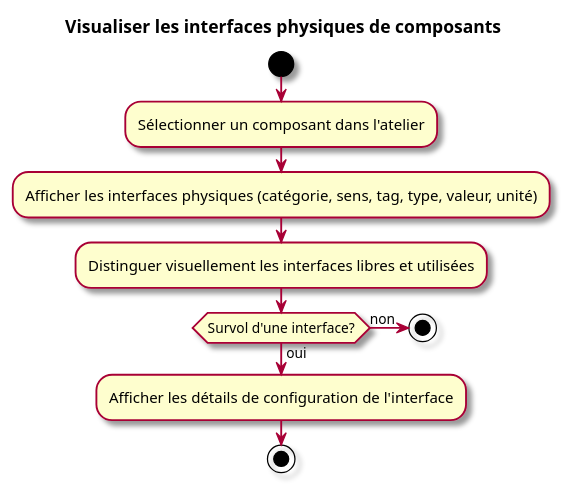
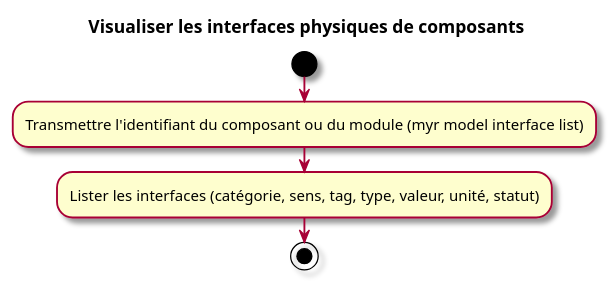
The fourth of 4 diagrams in specs/1-Expression/UCAM-Atelier_Module/UCAM02.md (olivaux/myr), drawn with PlantUML before and after one commit. The commit also changed other lines of this file and 65 other files, not shown here.

````diff
--- a/specs/1-Expression/UCAM-Atelier_Module/UCAM02.md
+++ b/specs/1-Expression/UCAM-Atelier_Module/UCAM02.md
@@ -79,16 +78,10 @@
 ```plantuml
 @startuml
 skin rose
 title Visualiser les interfaces physiques de composants
 start
-:Sélectionner un composant dans l'atelier;
-:Afficher les interfaces physiques (catégorie, sens, tag, type, valeur, unité);
-:Distinguer visuellement les interfaces libres et utilisées;
-if (Survol d'une interface?) then (oui)
-  :Afficher les détails de configuration de l'interface;
-  stop
-else (non)
-  stop
-endif
+:Transmettre l'identifiant du composant ou du module (myr model interface list);
+:Lister les interfaces (catégorie, sens, tag, type, valeur, unité, statut);
+stop
 @enduml
 ```
````
